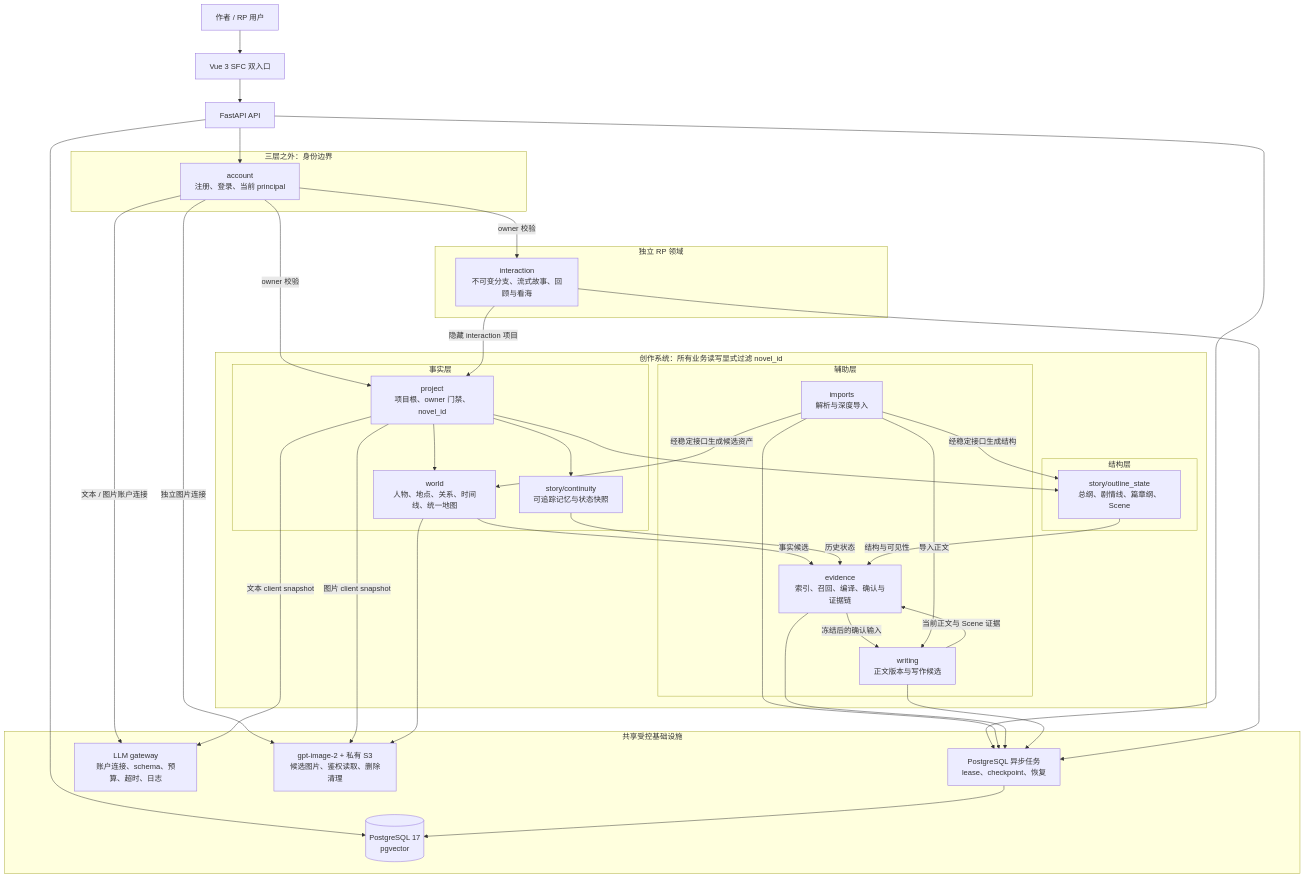
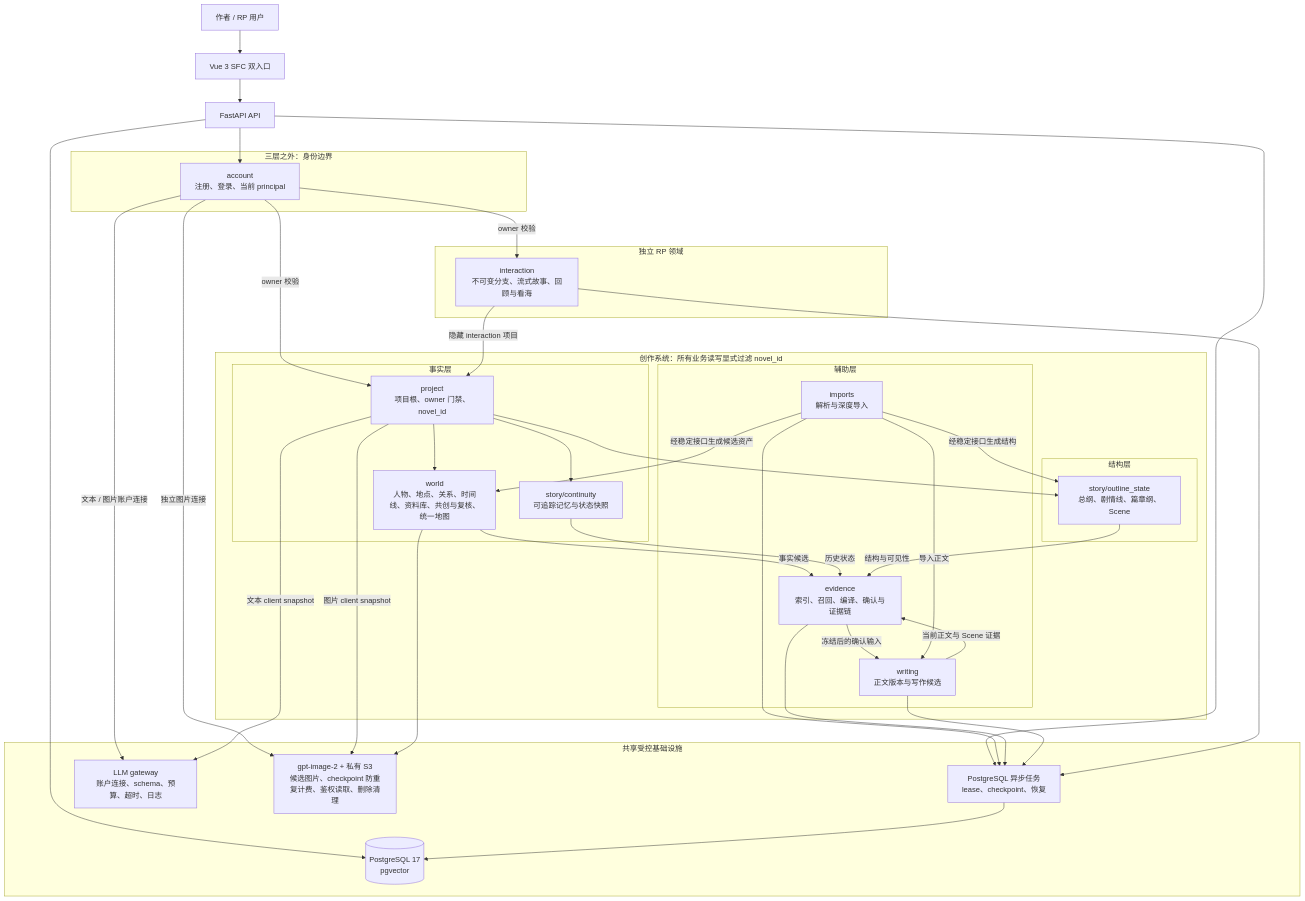
Before and after one commit to FengHuoLinShan/ai-writing-assist: the third of 7 diagrams in README.md, drawn with Mermaid. The commit also changed other lines of this file and 277 other files, not shown here.

````diff
--- a/README.md
+++ b/README.md
@@ -154,69 +154,69 @@
 ```mermaid
 flowchart TB
     User["作者 / RP 用户"] --> UI["Vue 3 SFC 双入口"]
     UI --> API["FastAPI API"]
 
     subgraph Identity["三层之外：身份边界"]
         Account["account<br/>注册、登录、当前 principal"]
     end
 
     API --> Account
 
     subgraph Creative["创作系统：所有业务读写显式过滤 novel_id"]
         subgraph Facts["事实层"]
             Project["project<br/>项目根、owner 门禁、novel_id"]
-            World["world<br/>人物、地点、关系、时间线、统一地图"]
+            World["world<br/>人物、地点、关系、时间线、资料库、共创与复核、统一地图"]
             Memory["story/continuity<br/>可追踪记忆与状态快照"]
         end
 
         subgraph Structure["结构层"]
             Outline["story/outline_state<br/>总纲、剧情线、篇章纲、Scene"]
         end
 
         subgraph Support["辅助层"]
             Imports["imports<br/>解析与深度导入"]
             Evidence["evidence<br/>索引、召回、编译、确认与证据链"]
             Writing["writing<br/>正文版本与写作候选"]
         end
     end
 
     subgraph RP["独立 RP 领域"]
         Interaction["interaction<br/>不可变分支、流式故事、回顾与看海"]
     end
 
     Account -->|"owner 校验"| Project
     Account -->|"owner 校验"| Interaction
     Interaction -->|"隐藏 interaction 项目"| Project
     Project --> World
     Project --> Memory
     Project --> Outline
 
     Writing -->|"当前正文与 Scene 证据"| Evidence
     World -->|"事实候选"| Evidence
     Memory -->|"历史状态"| Evidence
     Outline -->|"结构与可见性"| Evidence
     Evidence -->|"冻结后的确认输入"| Writing
     Imports -->|"经稳定接口生成候选资产"| World
     Imports -->|"经稳定接口生成结构"| Outline
     Imports -->|"导入正文"| Writing
 
     subgraph Platform["共享受控基础设施"]
         Tasks["PostgreSQL 异步任务<br/>lease、checkpoint、恢复"]
         LLM["LLM gateway<br/>账户连接、schema、预算、超时、日志"]
-        Images["gpt-image-2 + 私有 S3<br/>候选图片、鉴权读取、删除清理"]
+        Images["gpt-image-2 + 私有 S3<br/>候选图片、checkpoint 防重复计费、鉴权读取、删除清理"]
         DB[("PostgreSQL 17<br/>pgvector")]
     end
 
     API --> Tasks
     Imports --> Tasks
     Evidence --> Tasks
     Writing --> Tasks
     Interaction --> Tasks
     Account -->|"文本 / 图片账户连接"| LLM
     Account -->|"独立图片连接"| Images
     Project -->|"文本 client snapshot"| LLM
     Project -->|"图片 client snapshot"| Images
     World --> Images
     API --> DB
     Tasks --> DB
 ```
````
